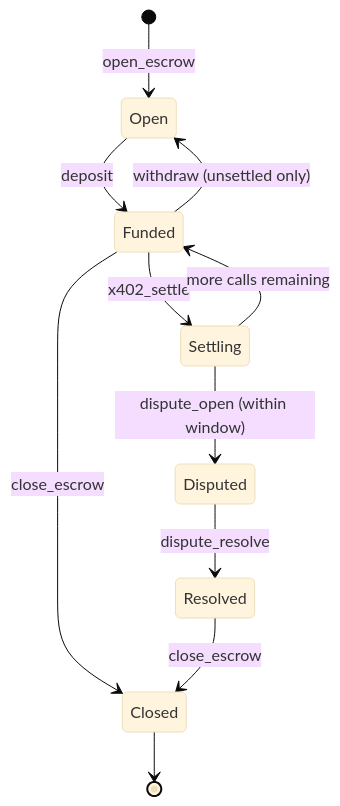
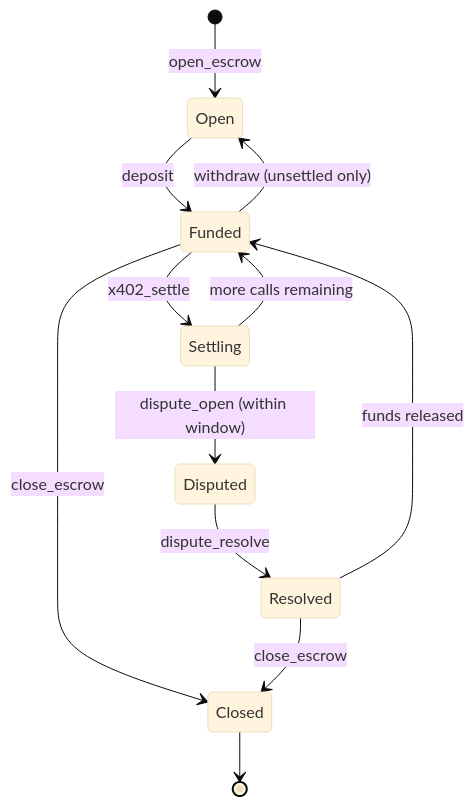
One commit to OOBE-PROTOCOL/synapse-sap-explorer changed the fourth of 9 diagrams in docs/docs/core/diagrams.mdx. Above: the diagram before and after it, drawn with Mermaid (base theme). The commit also changed other lines of this file and 339 other files, not shown here.

````diff
--- a/docs/docs/core/diagrams.mdx
+++ b/docs/docs/core/diagrams.mdx
@@ -71,13 +81,14 @@
 ```mermaid
 stateDiagram-v2
     [*] --> Open: open_escrow
     Open --> Funded: deposit
     Funded --> Open: withdraw (unsettled only)
     Funded --> Settling: x402_settle
     Settling --> Funded: more calls remaining
     Settling --> Disputed: dispute_open (within window)
     Disputed --> Resolved: dispute_resolve
+    Resolved --> Funded: funds released
     Funded --> Closed: close_escrow
     Resolved --> Closed: close_escrow
     Closed --> [*]
 ```
````
